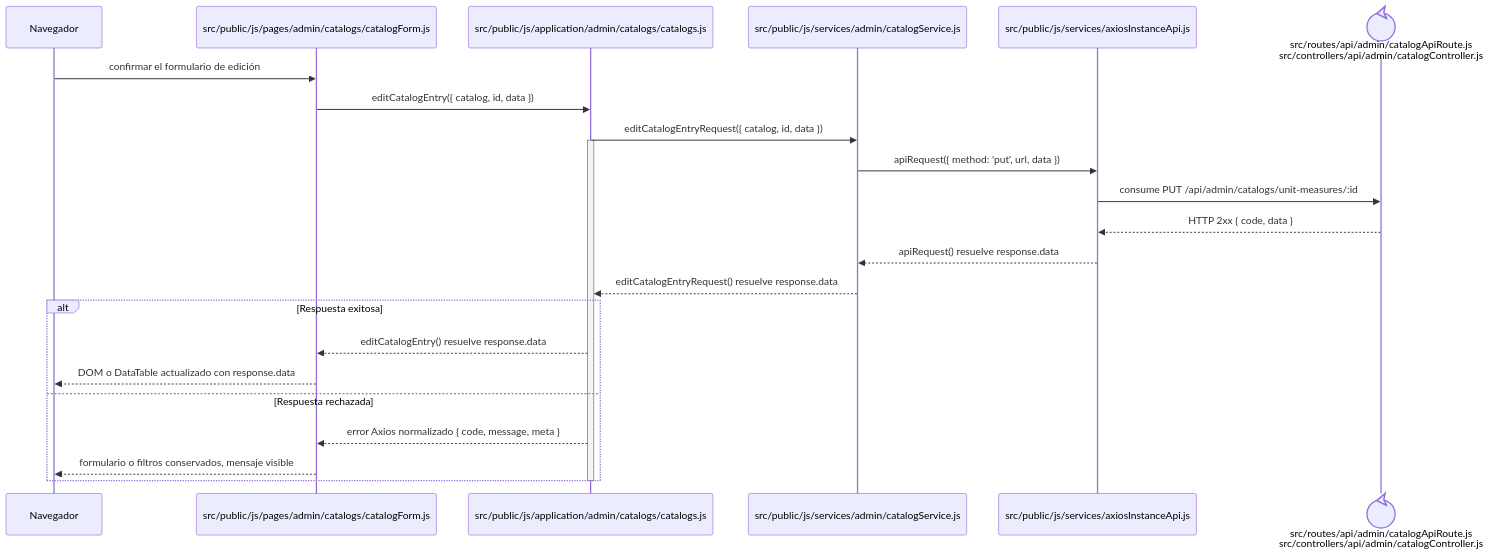
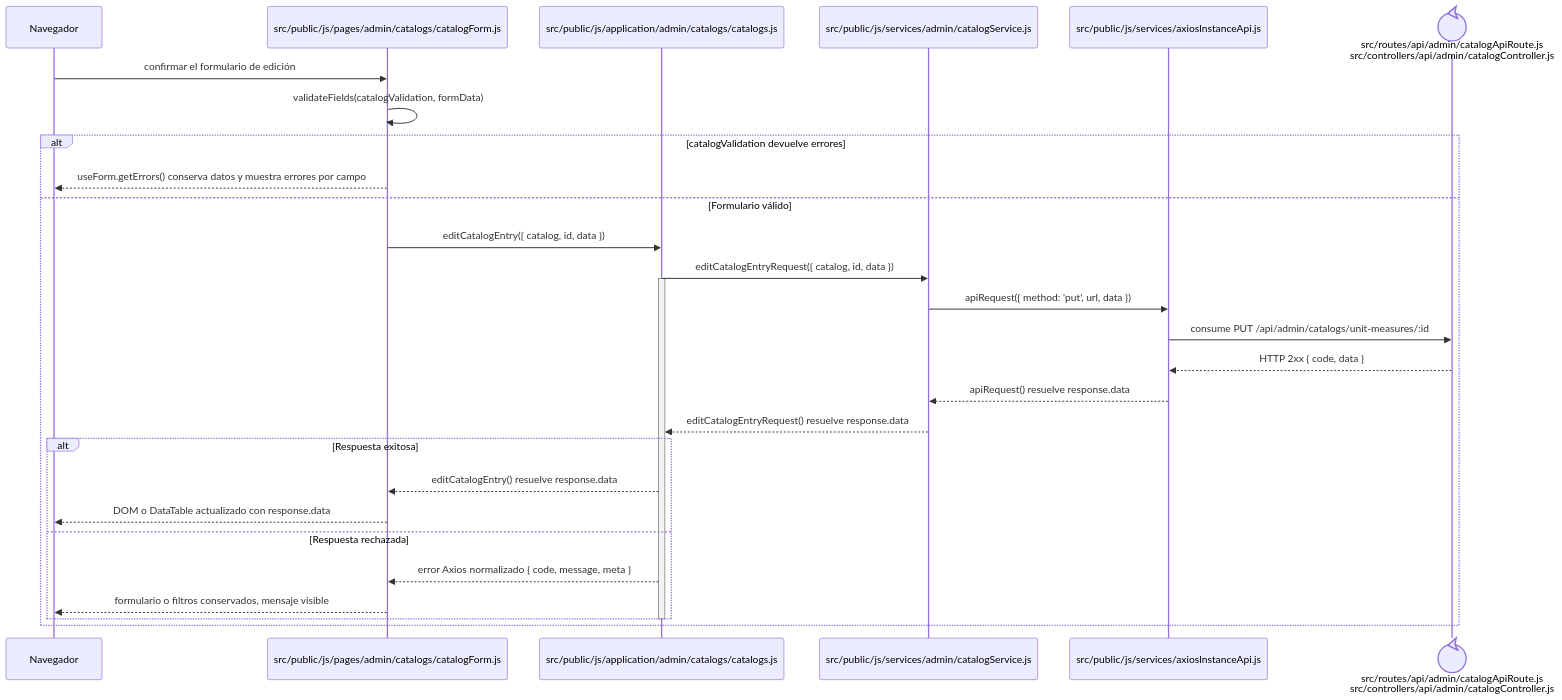
Before and after one commit to gpgsistemas01/nexus: the diagram in docs/architecture/frontend-code-sequences/catalogs/cu-cat-20.md, drawn with Mermaid. The commit also changed 102 other files, not shown here.

````diff
--- a/docs/architecture/frontend-code-sequences/catalogs/cu-cat-20.md
+++ b/docs/architecture/frontend-code-sequences/catalogs/cu-cat-20.md
@@ -6,27 +6,32 @@
 ```mermaid
 sequenceDiagram
     participant Browser as Navegador
     participant View as src/public/js/pages/admin/catalogs/catalogForm.js
     participant Application as src/public/js/application/admin/catalogs/catalogs.js
     participant Request as src/public/js/services/admin/catalogService.js
     participant HTTP as src/public/js/services/axiosInstanceApi.js
     participant Transport@{ "type": "control" } as src/routes/api/admin/catalogApiRoute.js<br/>src/controllers/api/admin/catalogController.js
 
     Browser->>View: confirmar el formulario de edición
-    View->>Application: editCatalogEntry({ catalog, id, data })
-    Application->>Request: editCatalogEntryRequest({ catalog, id, data })
-    activate Application
-    Request->>HTTP: apiRequest({ method: 'put', url, data })
-    HTTP->>Transport: consume PUT /api/admin/catalogs/unit-measures/:id
-    Transport-->>HTTP: HTTP 2xx { code, data }
-    HTTP-->>Request: apiRequest() resuelve response.data
-    Request-->>Application: editCatalogEntryRequest() resuelve response.data
-    alt Respuesta exitosa
-        Application-->>View: editCatalogEntry() resuelve response.data
-        View-->>Browser: DOM o DataTable actualizado con response.data
-    else Respuesta rechazada
-        Application-->>View: error Axios normalizado { code, message, meta }
-        View-->>Browser: formulario o filtros conservados, mensaje visible
+    View->>View: validateFields(catalogValidation, formData)
+    alt catalogValidation devuelve errores
+        View-->>Browser: useForm.getErrors() conserva datos y muestra errores por campo
+    else Formulario válido
+        View->>Application: editCatalogEntry({ catalog, id, data })
+        Application->>Request: editCatalogEntryRequest({ catalog, id, data })
+        activate Application
+        Request->>HTTP: apiRequest({ method: 'put', url, data })
+        HTTP->>Transport: consume PUT /api/admin/catalogs/unit-measures/:id
+        Transport-->>HTTP: HTTP 2xx { code, data }
+        HTTP-->>Request: apiRequest() resuelve response.data
+        Request-->>Application: editCatalogEntryRequest() resuelve response.data
+        alt Respuesta exitosa
+            Application-->>View: editCatalogEntry() resuelve response.data
+            View-->>Browser: DOM o DataTable actualizado con response.data
+        else Respuesta rechazada
+            Application-->>View: error Axios normalizado { code, message, meta }
+            View-->>Browser: formulario o filtros conservados, mensaje visible
+        end
+        deactivate Application
     end
-    deactivate Application
 ```
````
